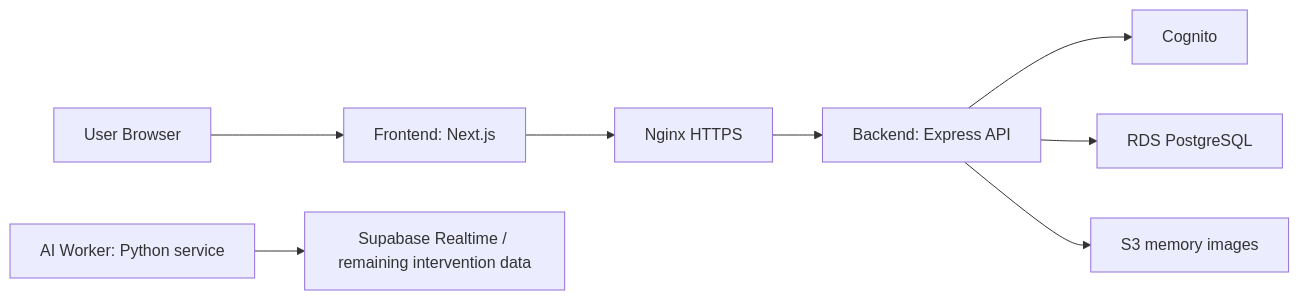
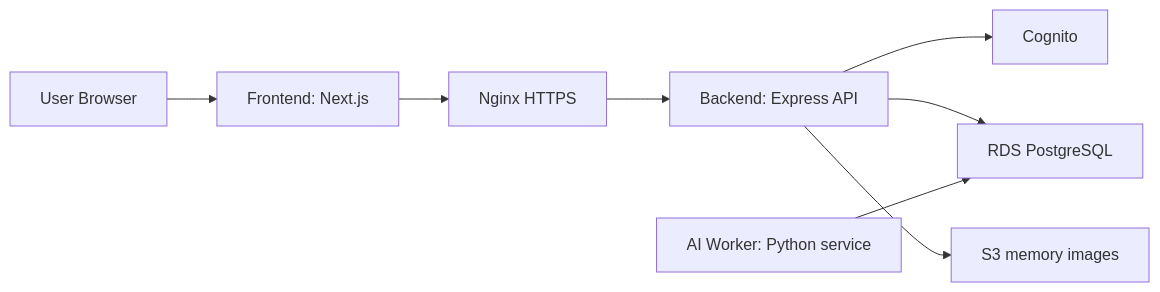
One commit to jungho970720-sketch/Moodot-cloud changed the diagram in docs/architecture.md. Above: the diagram before and after it, drawn with Mermaid. The commit also changed other lines of this file and 3 other files, not shown here.

````diff
--- a/docs/architecture.md
+++ b/docs/architecture.md
@@ -13,10 +13,10 @@
 ```mermaid
 flowchart LR
     U["User Browser"] --> FE["Frontend: Next.js"]
     FE --> NX["Nginx HTTPS"]
     NX --> BE["Backend: Express API"]
     BE --> CG["Cognito"]
     BE --> RDS["RDS PostgreSQL"]
     BE --> S3["S3 memory images"]
-    AI["AI Worker: Python service"] --> SB["Supabase Realtime / remaining intervention data"]
+    AI["AI Worker: Python service"] --> RDS
 ```
````
